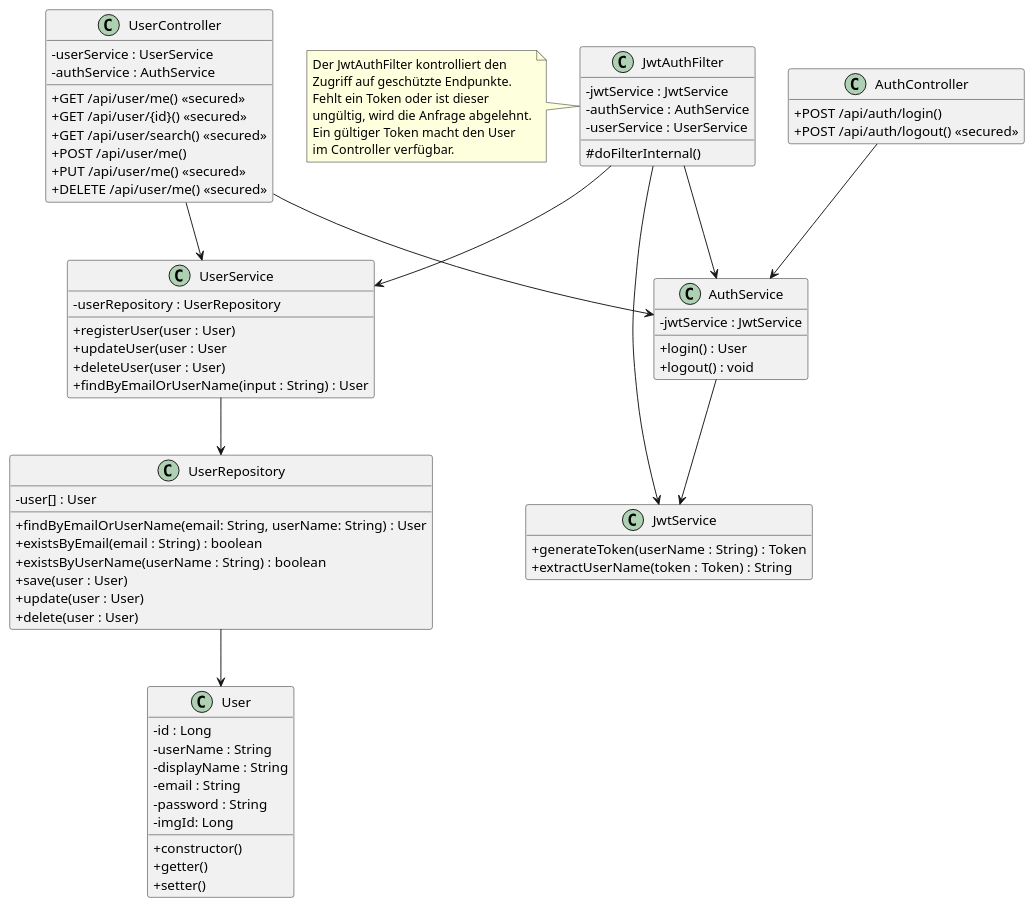
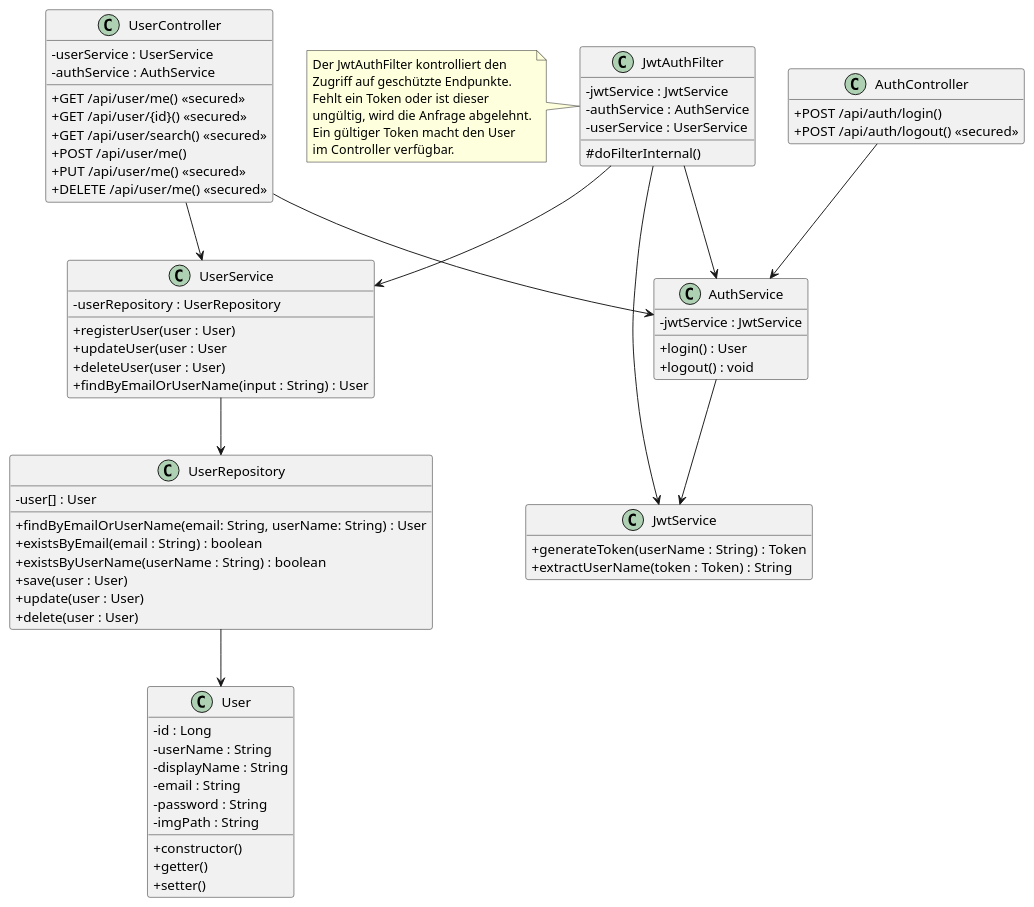
The diagram in uml/class/Class_User.puml (SpaghettiCodeGang/TryLater-Server), drawn with PlantUML before and after one commit. The commit also changed 1 other file, not shown here.

Commit message:
feat: renames imgId to imgPath

```diff
--- a/uml/class/Class_User.puml
+++ b/uml/class/Class_User.puml
@@ -1,88 +1,88 @@
 @startuml
 skinparam classAttributeIconSize 0
 hide empty members
 
 class User {
     - id : Long
     - userName : String
     - displayName : String
     - email : String
     - password : String
-    - imgId: Long
+    - imgPath : String
     + constructor()
     + getter()
     + setter()
 }
 
 class UserRepository {
     - user[] : User
     + findByEmailOrUserName(email: String, userName: String) : User
     + existsByEmail(email : String) : boolean
     + existsByUserName(userName : String) : boolean
     + save(user : User)
     + update(user : User)
     + delete(user : User)
 }
 
 class UserService {
     - userRepository : UserRepository
     + registerUser(user : User)
     + updateUser(user : User
     + deleteUser(user : User)
     + findByEmailOrUserName(input : String) : User
 }
 
 class UserController {
     - userService : UserService
     - authService : AuthService
     + GET /api/user/me() <<secured>>
     + GET /api/user/{id}() <<secured>>
     + GET /api/user/search() <<secured>>
     + POST /api/user/me()
     + PUT /api/user/me() <<secured>>
     + DELETE /api/user/me() <<secured>>
 }
 
 class JwtService {
     + generateToken(userName : String) : Token
     + extractUserName(token : Token) : String
 }
 
 class JwtAuthFilter {
     - jwtService : JwtService
     - authService : AuthService
     - userService : UserService
     # doFilterInternal()
 }
 
 note left of JwtAuthFilter
     Der JwtAuthFilter kontrolliert den
     Zugriff auf geschützte Endpunkte.
     Fehlt ein Token oder ist dieser
     ungültig, wird die Anfrage abgelehnt.
     Ein gültiger Token macht den User
     im Controller verfügbar.
 end note
 
 class AuthService {
     - jwtService : JwtService
     + login() : User
     + logout() : void
 }
 
 class AuthController {
     + POST /api/auth/login()
     + POST /api/auth/logout() <<secured>>
 }
 
 UserRepository --> User
 UserService --> UserRepository
 UserController --> AuthService
 UserController --> UserService
 AuthService --> JwtService
 AuthController --> AuthService
 JwtAuthFilter --> UserService
 JwtAuthFilter --> JwtService
 JwtAuthFilter --> AuthService
 
 @enduml
```
